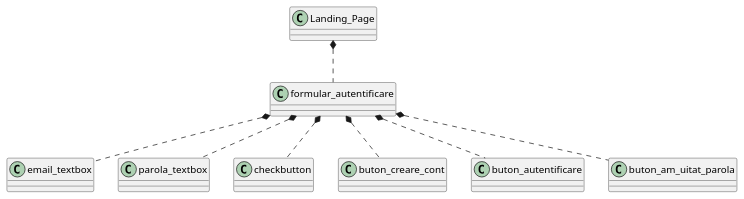
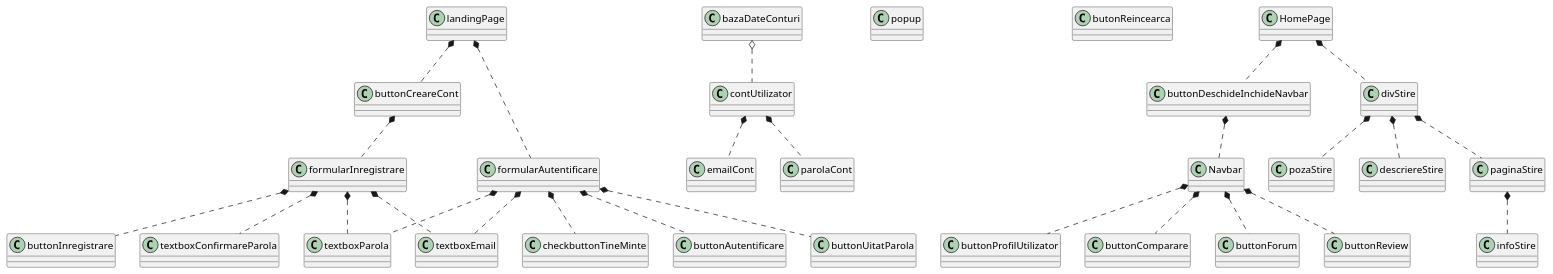
Before and after one commit to GelilFabian/CarHub: the diagram in ClassDiagram.puml, drawn with PlantUML. The commit also changed 1 other file, not shown here.

```diff
--- a/ClassDiagram.puml
+++ b/ClassDiagram.puml
@@ -1,28 +1,88 @@
 @startuml
 'https://plantuml.com/class-diagram
-class Landing_Page {
+class landingPage{
 }
-class formular_autentificare {
+class formularAutentificare{
 }
-class email_textbox {
+class textboxEmail{
 }
-class parola_textbox {
+class textboxParola{
 }
-class checkbutton {
+class checkbuttonTineMinte{
 }
-class buton_creare_cont {
+class buttonCreareCont{
 }
-class buton_autentificare {
+class buttonAutentificare{
 }
-class buton_am_uitat_parola {
+class buttonUitatParola{
+}
+class contUtilizator{
+}
+class emailCont {
+}
+class parolaCont {
+}
+class formularInregistrare{
+}
+class textboxConfirmareParola {
+}
+class buttonInregistrare{
+}
+class bazaDateConturi{
+}
+class popup{
+}
+class butonReincearca{
+}
+class HomePage{
+}
+class buttonDeschideInchideNavbar {
+}
+class Navbar {
+}
+class divStire{
+}
+class pozaStire {
+}
+class descriereStire {
+}
+class paginaStire {
+}
+class infoStire {
+}
+class buttonProfilUtilizator {
+}
+class buttonComparare {
+}
+class buttonForum {
+}
+class buttonReview {
 }
 
-
-Landing_Page *.. formular_autentificare
-formular_autentificare *.. email_textbox
-formular_autentificare *.. parola_textbox
-formular_autentificare *.. checkbutton
-formular_autentificare *.. buton_creare_cont
-formular_autentificare *.. buton_autentificare
-formular_autentificare *.. buton_am_uitat_parola
+landingPage *.. formularAutentificare
+landingPage *.. buttonCreareCont
+formularAutentificare *.. textboxEmail
+formularAutentificare *.. textboxParola
+formularAutentificare *.. checkbuttonTineMinte
+formularAutentificare *.. buttonUitatParola
+formularAutentificare *.. buttonAutentificare
+buttonCreareCont *.. formularInregistrare
+formularInregistrare *.. textboxEmail
+formularInregistrare *.. textboxParola
+formularInregistrare *.. textboxConfirmareParola
+formularInregistrare *.. buttonInregistrare
+bazaDateConturi o.. contUtilizator
+contUtilizator *.. emailCont
+contUtilizator *.. parolaCont
+HomePage *.. buttonDeschideInchideNavbar
+buttonDeschideInchideNavbar *.. Navbar
+HomePage *.. divStire
+divStire *.. pozaStire
+divStire *.. descriereStire
+divStire *.. paginaStire
+paginaStire *.. infoStire
+Navbar *.. buttonProfilUtilizator
+Navbar *.. buttonComparare
+Navbar *.. buttonForum
+Navbar *.. buttonReview
 @enduml
```
